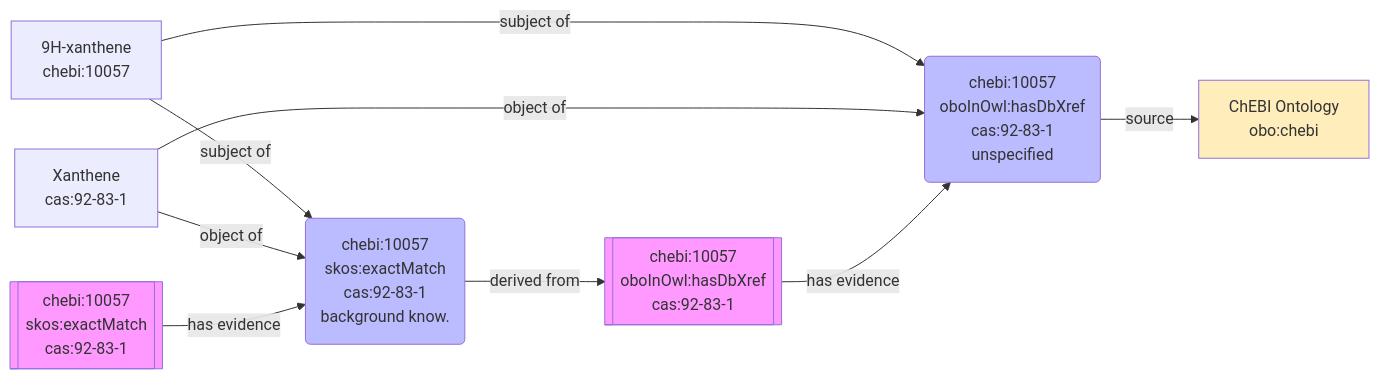
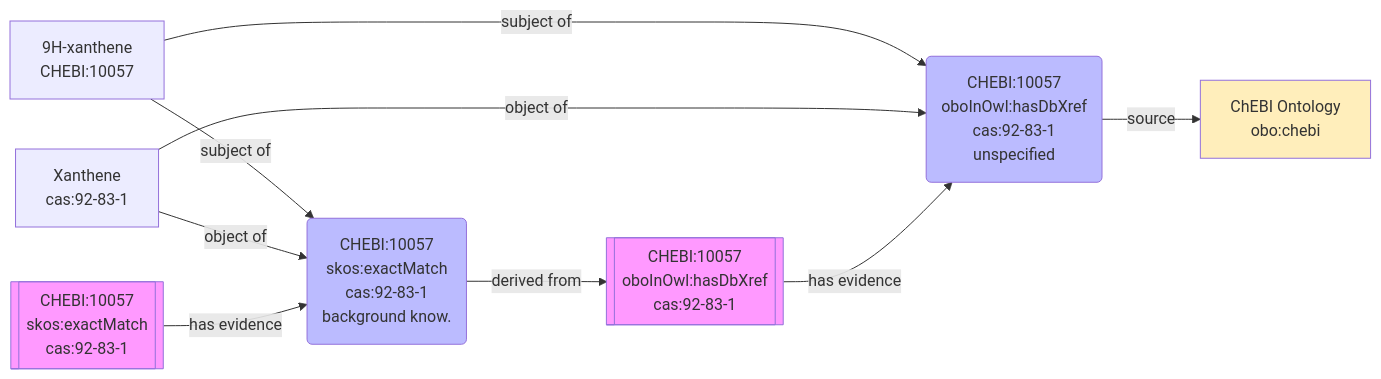
Before and after one commit to cthoyt/cthoyt.github.io: the eighth of 9 diagrams in _posts/2026/2026-05-29-sssom-derived-from.md, drawn with Mermaid. The commit also changed other lines of this file, not shown here.

````diff
--- a/_posts/2026/2026-05-29-sssom-derived-from.md
+++ b/_posts/2026/2026-05-29-sssom-derived-from.md
@@ -317,36 +402,36 @@
 ```mermaid
 flowchart LR
-  chebi:10057[9H-xanthene
-chebi:10057]
-  cas:92-83-1[Xanthene
+    CHEBI:10057[9H-xanthene
+CHEBI:10057]
+cas:92-83-1[Xanthene
 cas:92-83-1]
-  964DD2FDA95501A2("chebi:10057
+964DD2FDA95501A2("CHEBI:10057
 oboInOwl:hasDbXref
 cas:92-83-1
 unspecified")
-  style 964DD2FDA95501A2 fill:#bbf
-  obo:chebi[ChEBI Ontology
+style 964DD2FDA95501A2 fill: #bbf
+obo:chebi[ChEBI Ontology
 obo:chebi]
-  style obo:chebi fill:#feb
-  887c2cc0c006b49df5fa0bc281e23bd3722880d5096e27218082bd6edf96f59e[["chebi:10057
+style obo:chebi fill: #feb
+887c2cc0c006b49df5fa0bc281e23bd3722880d5096e27218082bd6edf96f59e[["CHEBI:10057
 oboInOwl:hasDbXref
 cas:92-83-1"]]
-  style 887c2cc0c006b49df5fa0bc281e23bd3722880d5096e27218082bd6edf96f59e fill:#f9f
-  B5CF0F3AB755AC6D("chebi:10057
+style 887c2cc0c006b49df5fa0bc281e23bd3722880d5096e27218082bd6edf96f59e fill: #f9f
+B5CF0F3AB755AC6D("CHEBI:10057
 skos:exactMatch
 cas:92-83-1
 background know.")
-  style B5CF0F3AB755AC6D fill:#bbf
-  e61f33dbb925f2282823afdad56c24feee9875953ea2de9124a50e47bd63418a[["chebi:10057
+style B5CF0F3AB755AC6D fill: #bbf
+e61f33dbb925f2282823afdad56c24feee9875953ea2de9124a50e47bd63418a[["CHEBI:10057
 skos:exactMatch
 cas:92-83-1"]]
-  style e61f33dbb925f2282823afdad56c24feee9875953ea2de9124a50e47bd63418a fill:#f9f
-  964DD2FDA95501A2-->|source|obo:chebi
-  chebi:10057-->|subject of|964DD2FDA95501A2
-  cas:92-83-1-->|object of|964DD2FDA95501A2
-  887c2cc0c006b49df5fa0bc281e23bd3722880d5096e27218082bd6edf96f59e-->|has evidence|964DD2FDA95501A2
-  chebi:10057-->|subject of|B5CF0F3AB755AC6D
-  cas:92-83-1-->|object of|B5CF0F3AB755AC6D
-  e61f33dbb925f2282823afdad56c24feee9875953ea2de9124a50e47bd63418a-->|has evidence|B5CF0F3AB755AC6D
-  B5CF0F3AB755AC6D-->|derived from|887c2cc0c006b49df5fa0bc281e23bd3722880d5096e27218082bd6edf96f59e
+style e61f33dbb925f2282823afdad56c24feee9875953ea2de9124a50e47bd63418a fill: #f9f
+964DD2FDA95501A2 -->|source|obo:chebi
+CHEBI:10057 -->|subject of|964DD2FDA95501A2
+cas:92-83-1 -->|object of|964DD2FDA95501A2
+887c2cc0c006b49df5fa0bc281e23bd3722880d5096e27218082bd6edf96f59e -->|has evidence|964DD2FDA95501A2
+CHEBI:10057 -->|subject of|B5CF0F3AB755AC6D
+cas:92-83-1 -->|object of|B5CF0F3AB755AC6D
+e61f33dbb925f2282823afdad56c24feee9875953ea2de9124a50e47bd63418a -->|has evidence|B5CF0F3AB755AC6D
+B5CF0F3AB755AC6D -->|derived from|887c2cc0c006b49df5fa0bc281e23bd3722880d5096e27218082bd6edf96f59e
 ```
````
